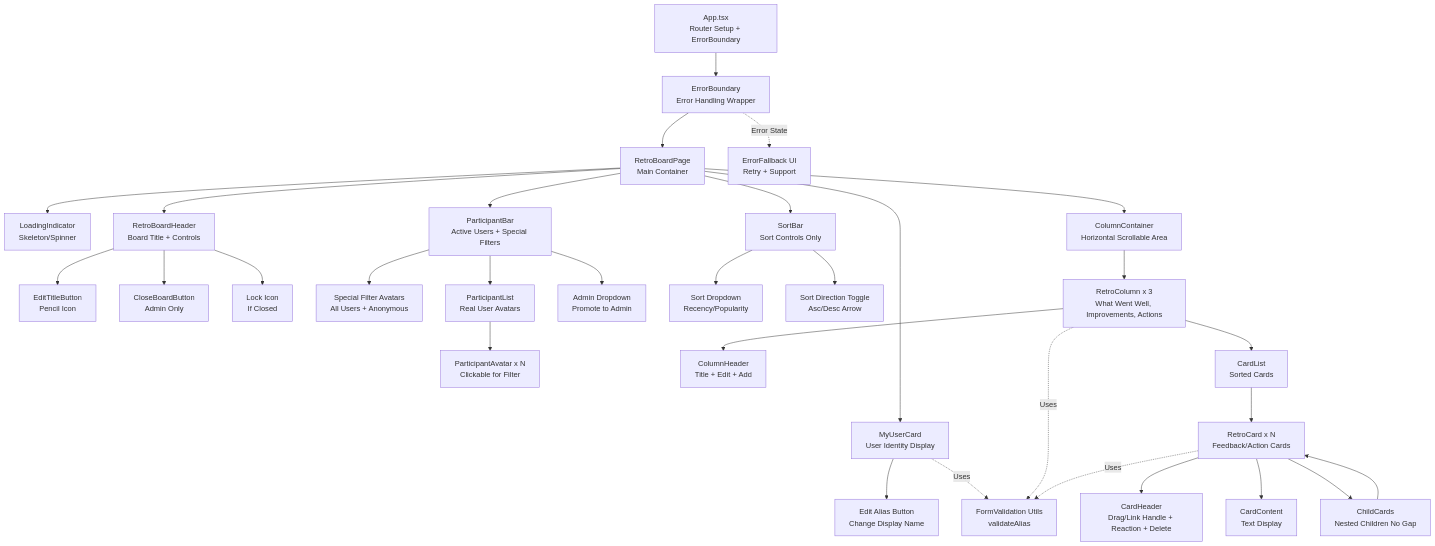
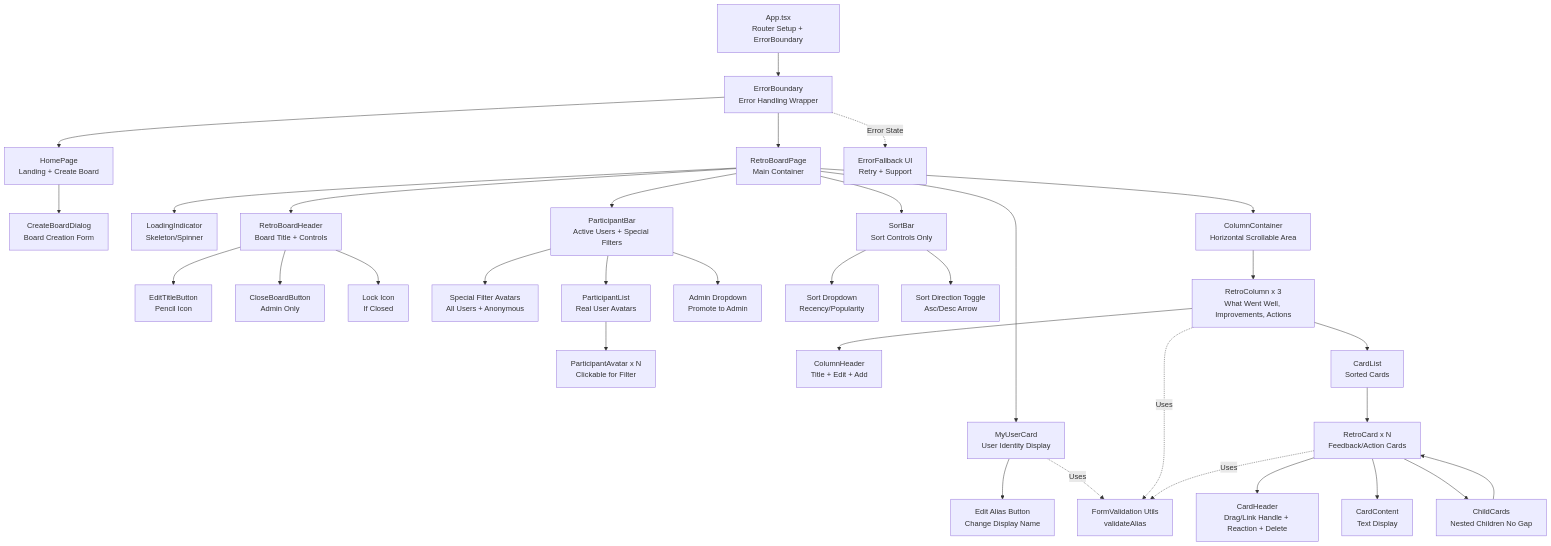
The third of 31 diagrams in docs/frontend/FRONTEND_COMPONENT_DESIGN.md (thevyom/RetroPulse), drawn with Mermaid before and after one commit. The commit also changed other lines of this file and 20 other files, not shown here.

First line of the commit message:
Phase 8.1: Home Page & board creation flow

````diff
--- a/docs/frontend/FRONTEND_COMPONENT_DESIGN.md
+++ b/docs/frontend/FRONTEND_COMPONENT_DESIGN.md
@@ -135,46 +135,49 @@
 ```mermaid
 graph TD
     App[App.tsx<br/>Router Setup + ErrorBoundary]
 
     App --> ErrorBoundary[ErrorBoundary<br/>Error Handling Wrapper]
+    ErrorBoundary --> HomePage[HomePage<br/>Landing + Create Board]
     ErrorBoundary --> RetroBoardPage[RetroBoardPage<br/>Main Container]
     ErrorBoundary -.Error State.-> ErrorFallback[ErrorFallback UI<br/>Retry + Support]
+
+    HomePage --> CreateBoardDialog[CreateBoardDialog<br/>Board Creation Form]
 
     RetroBoardPage --> LoadingIndicator[LoadingIndicator<br/>Skeleton/Spinner]
     RetroBoardPage --> Header[RetroBoardHeader<br/>Board Title + Controls]
     RetroBoardPage --> MyUserCard[MyUserCard<br/>User Identity Display]
     RetroBoardPage --> ParticipantBar[ParticipantBar<br/>Active Users + Special Filters]
     RetroBoardPage --> SortBar[SortBar<br/>Sort Controls Only]
     RetroBoardPage --> ColumnContainer[ColumnContainer<br/>Horizontal Scrollable Area]
 
     Header --> EditTitleBtn[EditTitleButton<br/>Pencil Icon]
     Header --> CloseBtn[CloseBoardButton<br/>Admin Only]
     Header --> LockIcon[Lock Icon<br/>If Closed]
 
     MyUserCard --> EditAliasBtn[Edit Alias Button<br/>Change Display Name]
     MyUserCard -.Uses.-> FormValidation[FormValidation Utils<br/>validateAlias]
 
     ParticipantBar --> SpecialAvatars[Special Filter Avatars<br/>All Users + Anonymous]
     ParticipantBar --> ParticipantList[ParticipantList<br/>Real User Avatars]
     ParticipantBar --> AdminDropdown[Admin Dropdown<br/>Promote to Admin]
 
     ParticipantList --> ParticipantAvatar[ParticipantAvatar x N<br/>Clickable for Filter]
 
     SortBar --> SortDropdown[Sort Dropdown<br/>Recency/Popularity]
     SortBar --> SortToggle[Sort Direction Toggle<br/>Asc/Desc Arrow]
 
     ColumnContainer --> RetroColumn[RetroColumn x 3<br/>What Went Well, Improvements, Actions]
 
     RetroColumn --> ColumnHeader[ColumnHeader<br/>Title + Edit + Add]
     RetroColumn --> CardList[CardList<br/>Sorted Cards]
     RetroColumn -.Uses.-> FormValidation
 
     CardList --> RetroCard[RetroCard x N<br/>Feedback/Action Cards]
 
     RetroCard --> CardHeader[CardHeader<br/>Drag/Link Handle + Reaction + Delete]
     RetroCard --> CardContent[CardContent<br/>Text Display]
     RetroCard --> ChildCards[ChildCards<br/>Nested Children No Gap]
     RetroCard -.Uses.-> FormValidation
 
     ChildCards --> RetroCard
 ```
````
